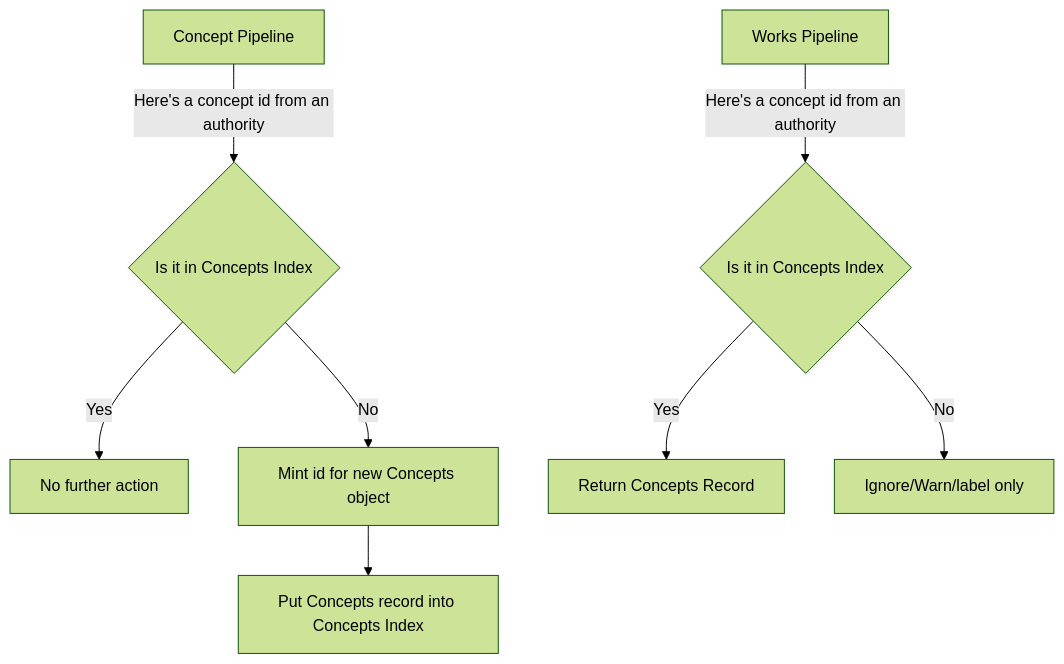
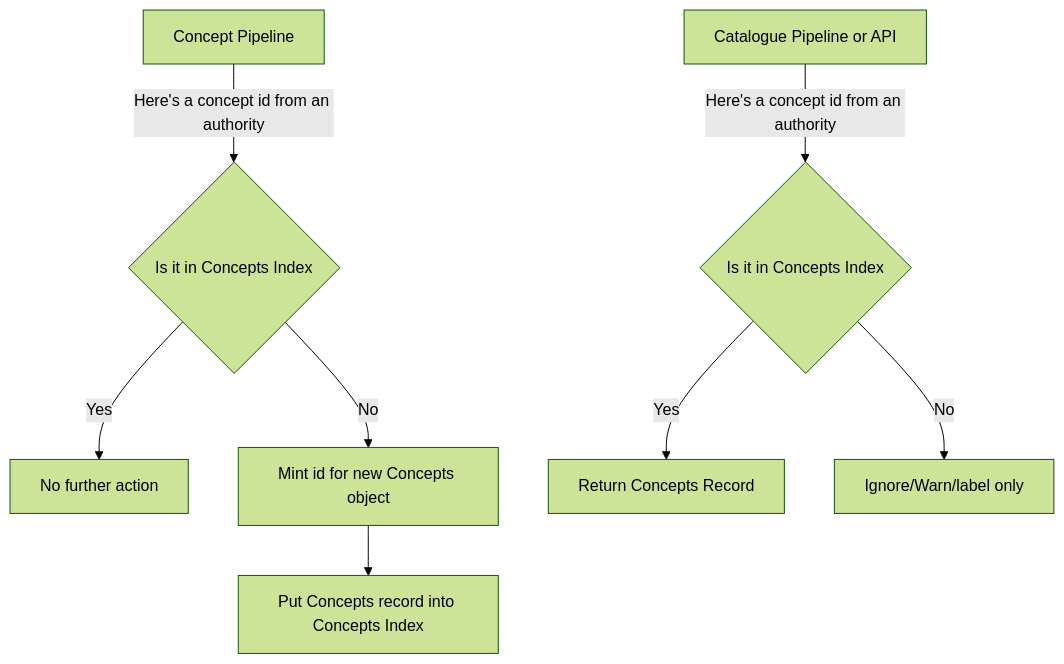
Before and after one commit to wellcomecollection/docs: the second of 2 diagrams in rfcs/052-concepts-pipeline/README.md, drawn with Mermaid (forest theme). The commit also changed other lines of this file, not shown here.

````diff
--- a/rfcs/052-concepts-pipeline/README.md
+++ b/rfcs/052-concepts-pipeline/README.md
@@ -157,14 +161,14 @@
 ```mermaid
 graph TD
     A[Concept Pipeline] -->|Here's a concept id from an authority| B
     B{Is it in Concepts Index}
     B -->|Yes| C[No further action]
     B -->|No| D[Mint id for new Concepts object]
     D --> E[Put Concepts record into Concepts Index]
 
-    AA[Works Pipeline] -->|Here's a concept id from an authority| BA
+    AA[Catalogue Pipeline or API] -->|Here's a concept id from an authority| BA
     BA{Is it in Concepts Index}
     BA -->|Yes| CA[Return Concepts Record]
     BA -->|No| DA[Ignore/Warn/label only]
 
 ```
````
